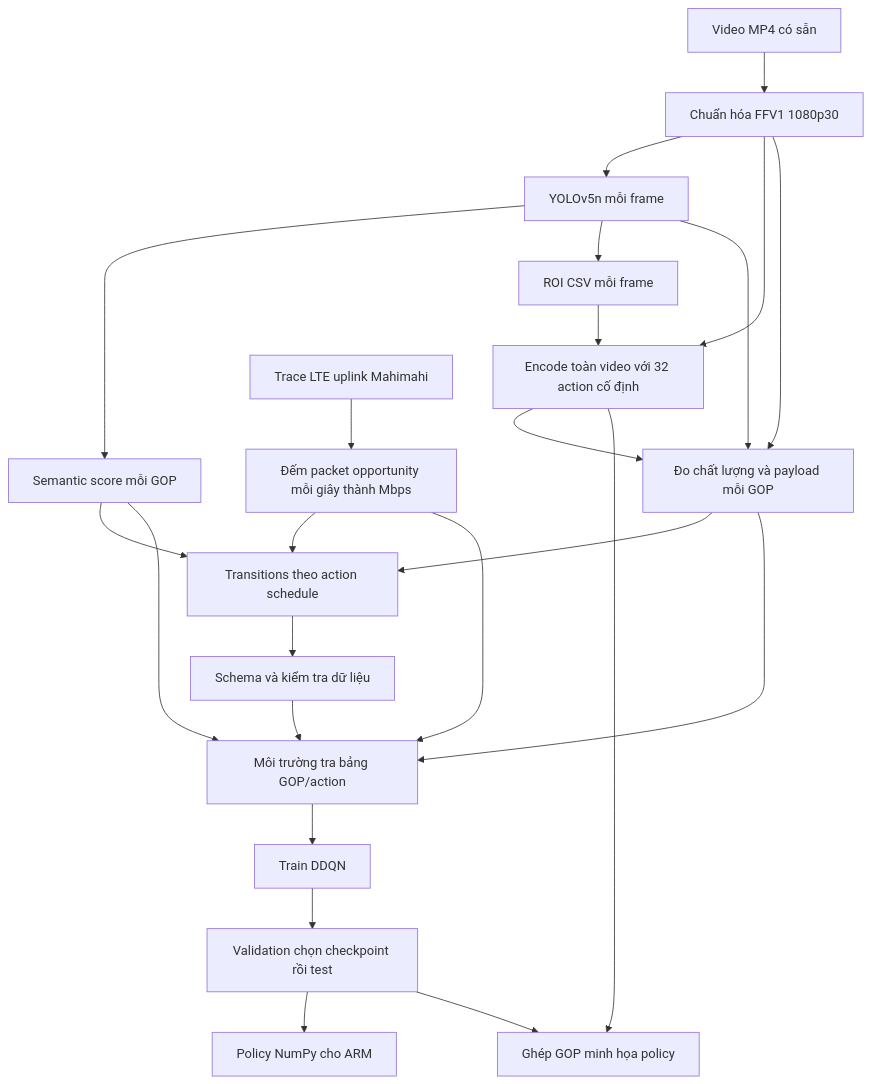
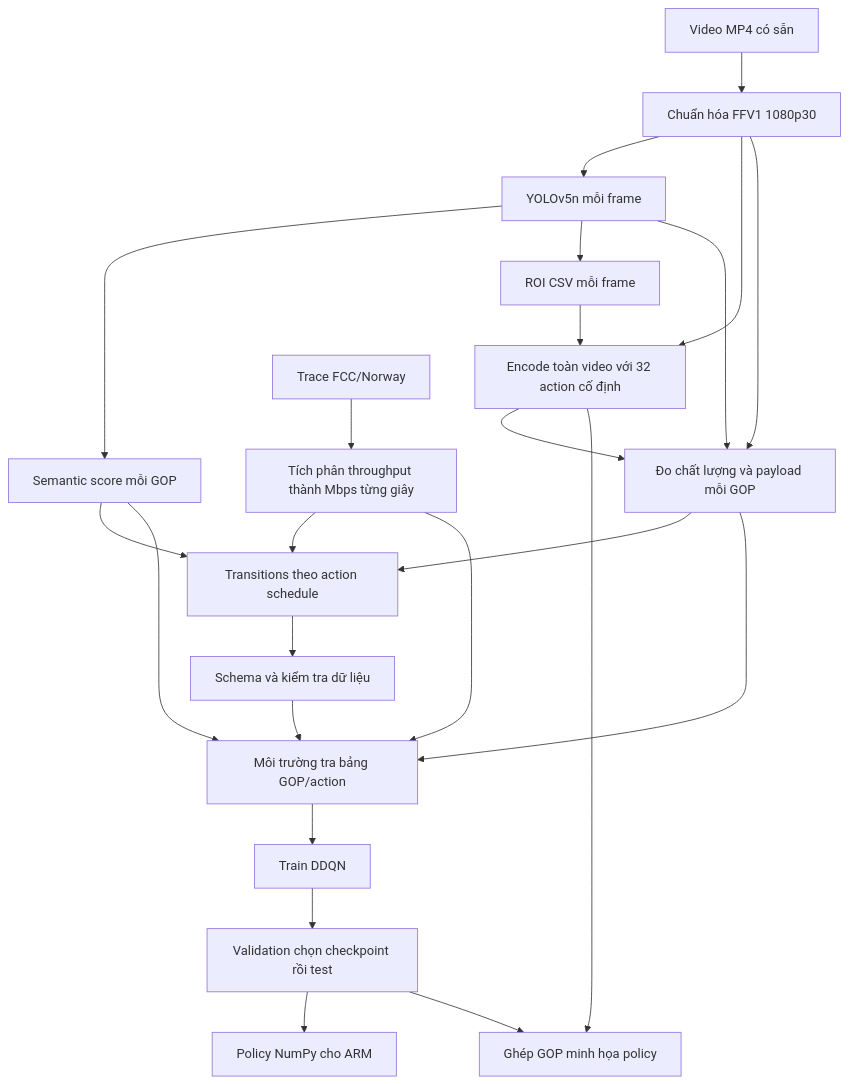
The diagram in docs/GIAI_THICH_REPO.md (HoangThuan1/Semantic-Aware-Adaptive-Encoding), drawn with Mermaid before and after one commit. The commit also changed other lines of this file and 6327 other files, not shown here.

Commit message:
fcc-norway_bw n bdd100k

````diff
--- a/docs/GIAI_THICH_REPO.md
+++ b/docs/GIAI_THICH_REPO.md
@@ -31,26 +31,26 @@
 ```mermaid
 flowchart TD
     V[Video MP4 có sẵn] --> N[Chuẩn hóa FFV1 1080p30]
     N --> Y[YOLOv5n mỗi frame]
     Y --> S[Semantic score mỗi GOP]
     Y --> ROI[ROI CSV mỗi frame]
     N --> E[Encode toàn video với 32 action cố định]
     ROI --> E
     E --> M[Đo chất lượng và payload mỗi GOP]
     N --> M
     Y --> M
-    T[Trace LTE uplink Mahimahi] --> B[Đếm packet opportunity mỗi giây thành Mbps]
+    T[Trace FCC/Norway] --> B[Tích phân throughput thành Mbps từng giây]
     M --> TR[Transitions theo action schedule]
     S --> TR
     B --> TR
     M --> ENV[Môi trường tra bảng GOP/action]
     S --> ENV
     B --> ENV
     TR --> SC[Schema và kiểm tra dữ liệu]
     SC --> ENV
     ENV --> D[Train DDQN]
     D --> EV[Validation chọn checkpoint rồi test]
     EV --> NP[Policy NumPy cho ARM]
     EV --> R[Ghép GOP minh họa policy]
     E --> R
 ```
````
